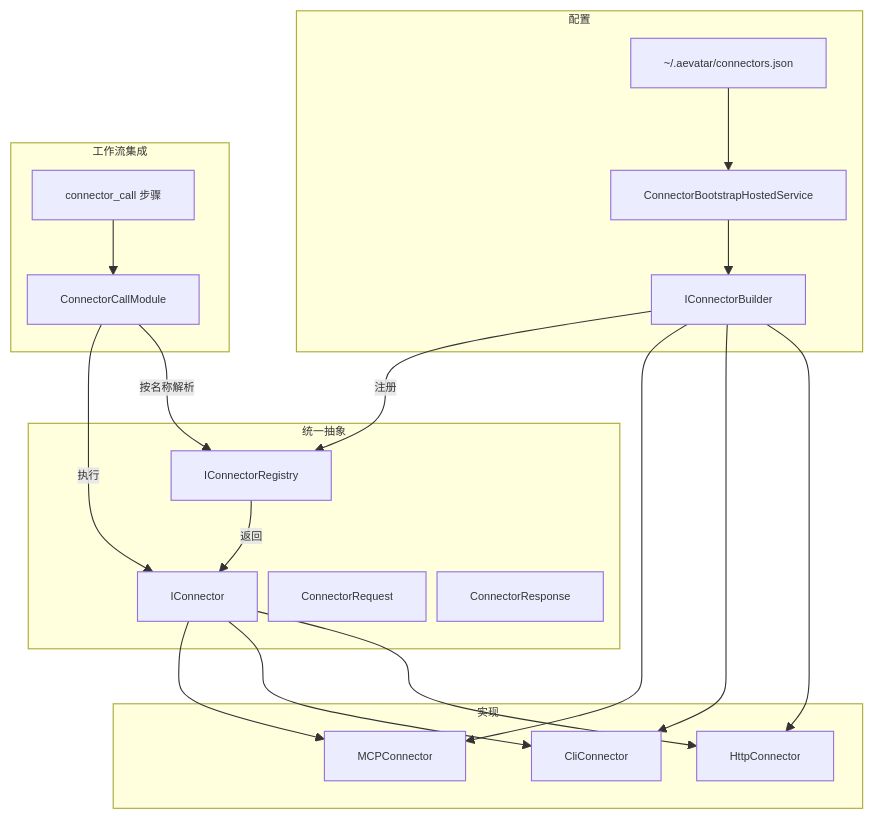
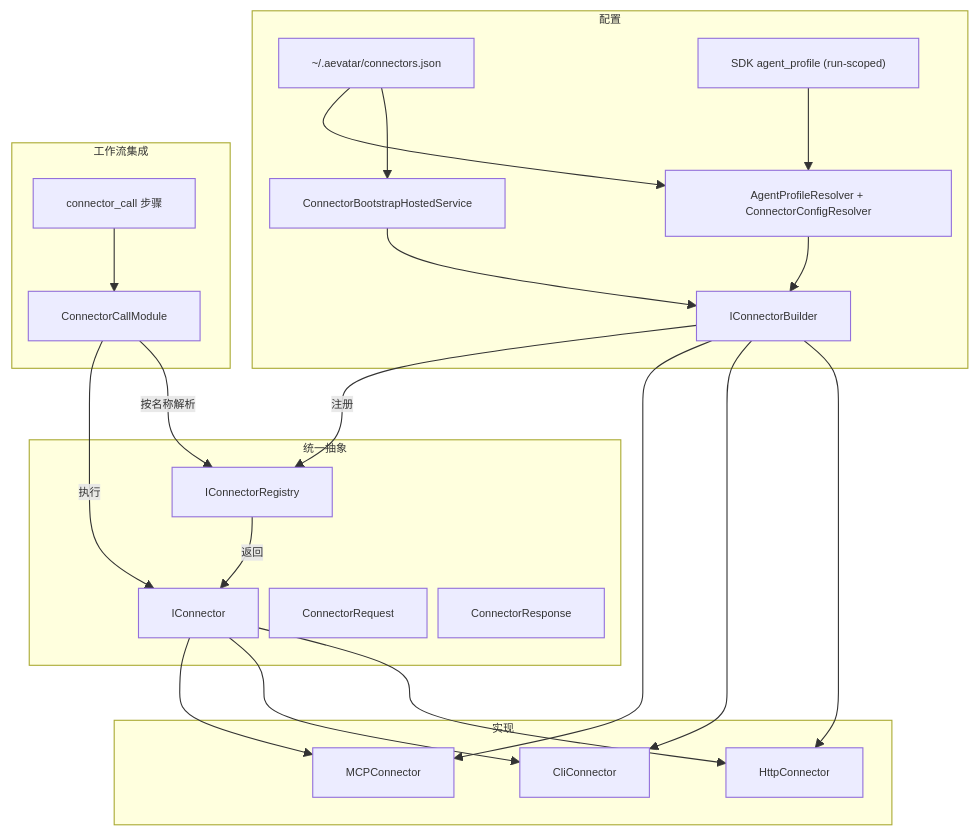
One commit to aevatarAI/aevatar changed the eighth of 19 diagrams in docs/architecture/AEVATAR_MAINNET_ARCHITECTURE.md. Above: the diagram before and after it, drawn with Mermaid. The commit also changed other lines of this file, not shown here.

Commit message:
update architecture doc

````diff
--- a/docs/architecture/AEVATAR_MAINNET_ARCHITECTURE.md
+++ b/docs/architecture/AEVATAR_MAINNET_ARCHITECTURE.md
@@ -390,37 +424,42 @@
 ```mermaid
 %%{init: {"maxTextSize": 100000, "flowchart": {"useMaxWidth": false, "nodeSpacing": 10, "rankSpacing": 50}, "themeVariables": {"fontSize": "10px"}}}%%
 flowchart TB
     subgraph abstraction ["统一抽象"]
         IC["IConnector"]
         Req["ConnectorRequest"]
         Resp["ConnectorResponse"]
         Reg["IConnectorRegistry"]
     end
 
     subgraph impls ["实现"]
         HTTP["HttpConnector"]
         CLI["CliConnector"]
         MCP["MCPConnector"]
     end
 
     subgraph config ["配置"]
         JSON["~/.aevatar/connectors.json"]
+        APROFILE["SDK agent_profile (run-scoped)"]
+        MERGE["AgentProfileResolver + ConnectorConfigResolver"]
         Builder["IConnectorBuilder"]
         Bootstrap["ConnectorBootstrapHostedService"]
     end
 
     subgraph workflow_int ["工作流集成"]
         CCM["ConnectorCallModule"]
         YAML["connector_call 步骤"]
     end
 
     IC --> HTTP & CLI & MCP
     JSON --> Bootstrap
     Bootstrap --> Builder
+    APROFILE --> MERGE
+    JSON --> MERGE
+    MERGE --> Builder
     Builder --> HTTP & CLI & MCP
     Builder -->|"注册"| Reg
     YAML --> CCM
     CCM -->|"按名称解析"| Reg
     Reg -->|"返回"| IC
     CCM -->|"执行"| IC
 ```
````
